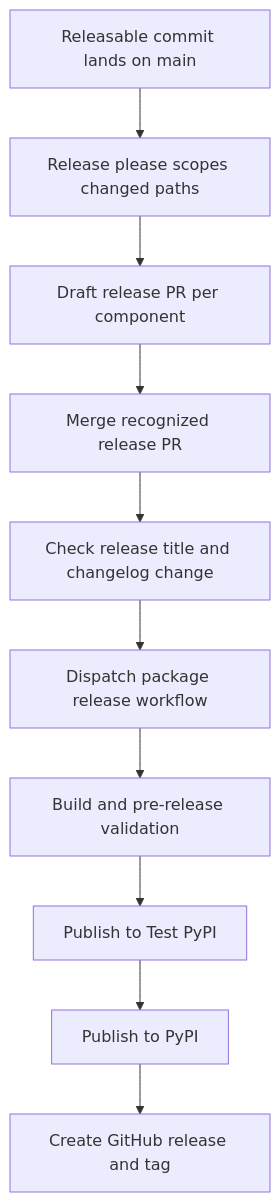
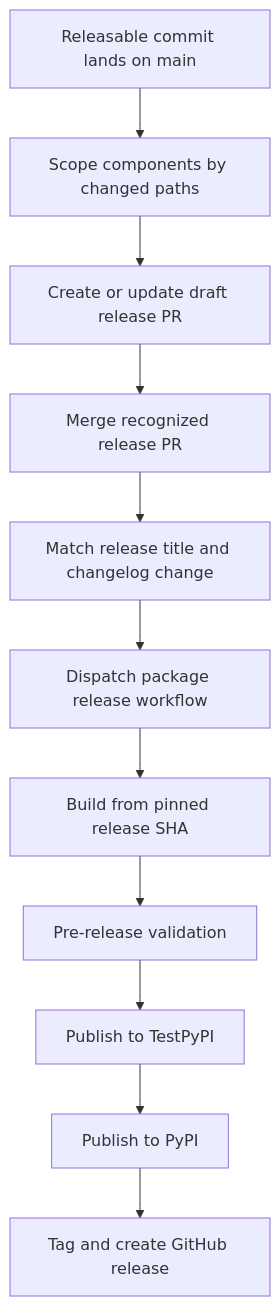
One commit to langchain-ai/deepagents changed the second of 2 diagrams in openwiki/operations/development.md. Above: the diagram before and after it, drawn with Mermaid. The commit also changed other lines of this file and 14 other files, not shown here.

````diff
--- a/openwiki/operations/development.md
+++ b/openwiki/operations/development.md
@@ -155,12 +141,13 @@
 ```mermaid
 flowchart TD
-    Land["Releasable commit lands on main"] --> Scope["Release please scopes changed paths"]
-    Scope --> Draft["Draft release PR per component"]
+    Main["Releasable commit lands on main"] --> Scope["Scope components by changed paths"]
+    Scope --> Draft["Create or update draft release PR"]
     Draft --> Merge["Merge recognized release PR"]
-    Merge --> Detect["Check release title and changelog change"]
+    Merge --> Detect["Match release title and changelog change"]
     Detect --> Dispatch["Dispatch package release workflow"]
-    Dispatch --> Build["Build and pre-release validation"]
-    Build --> TestPyPI["Publish to Test PyPI"]
+    Dispatch --> Build["Build from pinned release SHA"]
+    Build --> Validate["Pre-release validation"]
+    Validate --> TestPyPI["Publish to TestPyPI"]
     TestPyPI --> PyPI["Publish to PyPI"]
-    PyPI --> GitHub["Create GitHub release and tag"]
+    PyPI --> GitHub["Tag and create GitHub release"]
 ```
````
